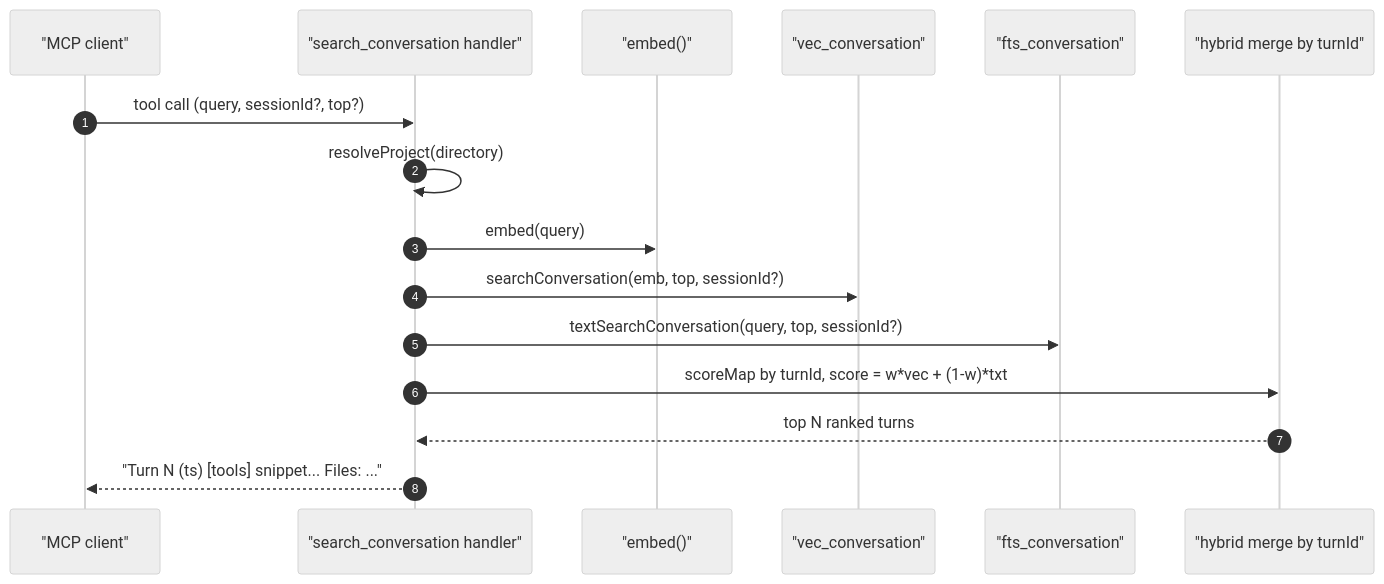
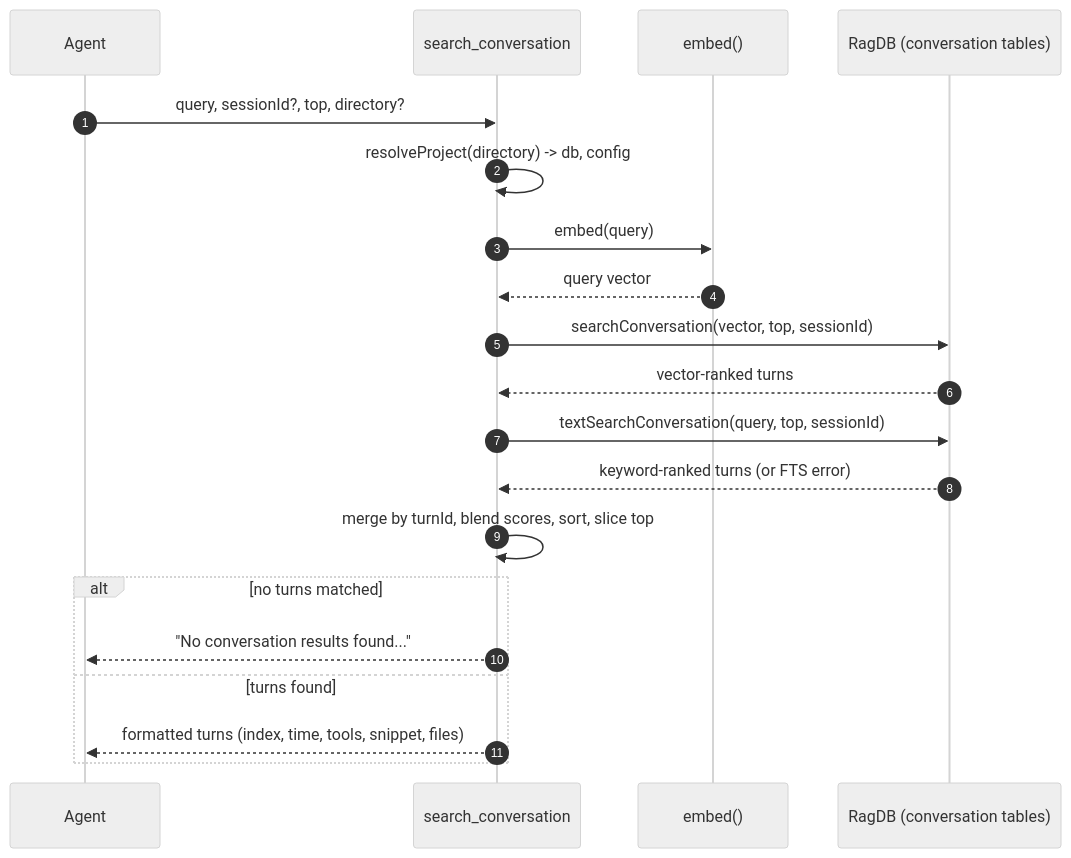
The diagram in wiki/tools/search-conversation.md (TheWinci/mimirs), drawn with Mermaid (neutral theme) before and after one commit. The commit also changed other lines of this file and 52 other files, not shown here.

````diff
--- a/wiki/tools/search-conversation.md
+++ b/wiki/tools/search-conversation.md
@@ -17,19 +40,22 @@
 ```mermaid
 sequenceDiagram
     autonumber
-    participant Client as "MCP client"
-    participant Handler as "search_conversation handler"
-    participant Emb as "embed()"
-    participant Vec as "vec_conversation"
-    participant Fts as "fts_conversation"
-    participant Merge as "hybrid merge by turnId"
-
-    Client->>Handler: tool call (query, sessionId?, top?)
-    Handler->>Handler: resolveProject(directory)
-    Handler->>Emb: embed(query)
-    Handler->>Vec: searchConversation(emb, top, sessionId?)
-    Handler->>Fts: textSearchConversation(query, top, sessionId?)
-    Handler->>Merge: scoreMap by turnId, score = w*vec + (1-w)*txt
-    Merge-->>Handler: top N ranked turns
-    Handler-->>Client: "Turn N (ts) [tools] snippet... Files: ..."
+    participant Agent
+    participant Tool as search_conversation
+    participant Embed as embed()
+    participant DB as RagDB (conversation tables)
+    Agent->>Tool: query, sessionId?, top, directory?
+    Tool->>Tool: resolveProject(directory) -> db, config
+    Tool->>Embed: embed(query)
+    Embed-->>Tool: query vector
+    Tool->>DB: searchConversation(vector, top, sessionId)
+    DB-->>Tool: vector-ranked turns
+    Tool->>DB: textSearchConversation(query, top, sessionId)
+    DB-->>Tool: keyword-ranked turns (or FTS error)
+    Tool->>Tool: merge by turnId, blend scores, sort, slice top
+    alt no turns matched
+        Tool-->>Agent: "No conversation results found..."
+    else turns found
+        Tool-->>Agent: formatted turns (index, time, tools, snippet, files)
+    end
 ```
````
